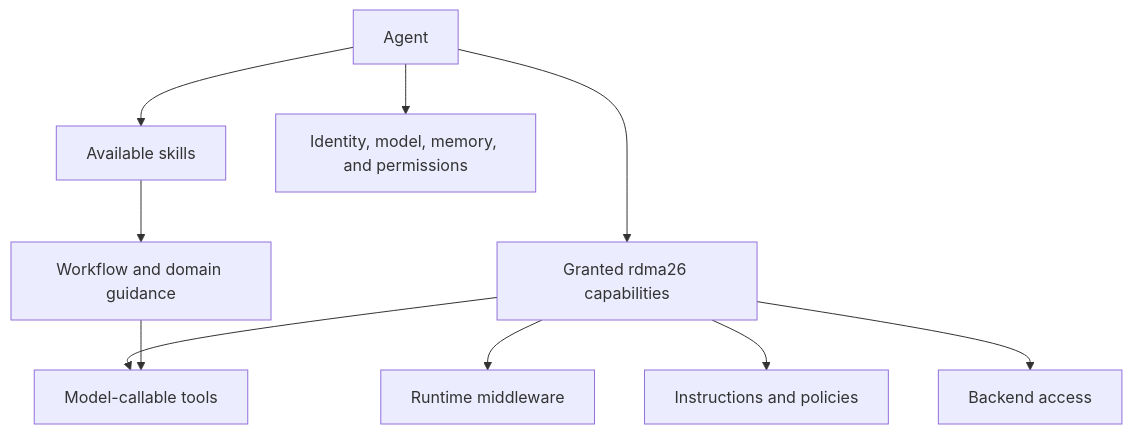
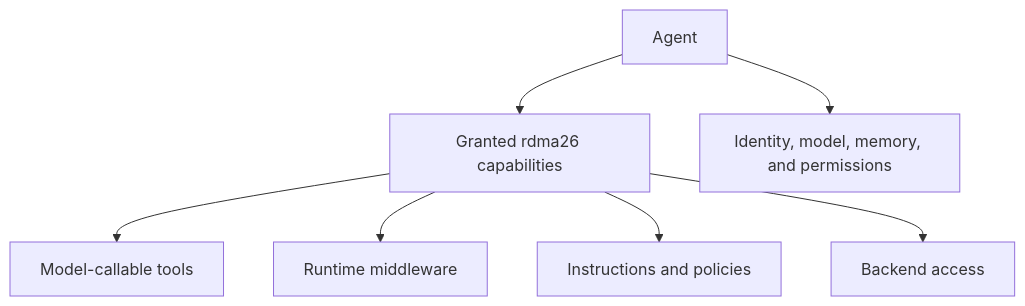
One commit to derrodo61/rdma26 changed the third of 3 diagrams in docs/architecture.md. Above: the diagram before and after it, drawn with Mermaid. The commit also changed other lines of this file and 8 other files, not shown here.

````diff
--- a/docs/architecture.md
+++ b/docs/architecture.md
@@ -123,14 +122,11 @@
 ```mermaid
 flowchart TD
     A["Agent"] --> C["Granted rdma26 capabilities"]
-    A --> S["Available skills"]
     A --> R["Identity, model, memory, and permissions"]
 
     C --> T["Model-callable tools"]
     C --> M["Runtime middleware"]
     C --> P["Instructions and policies"]
     C --> B["Backend access"]
 
-    S --> W["Workflow and domain guidance"]
-    W --> T
 ```
````
